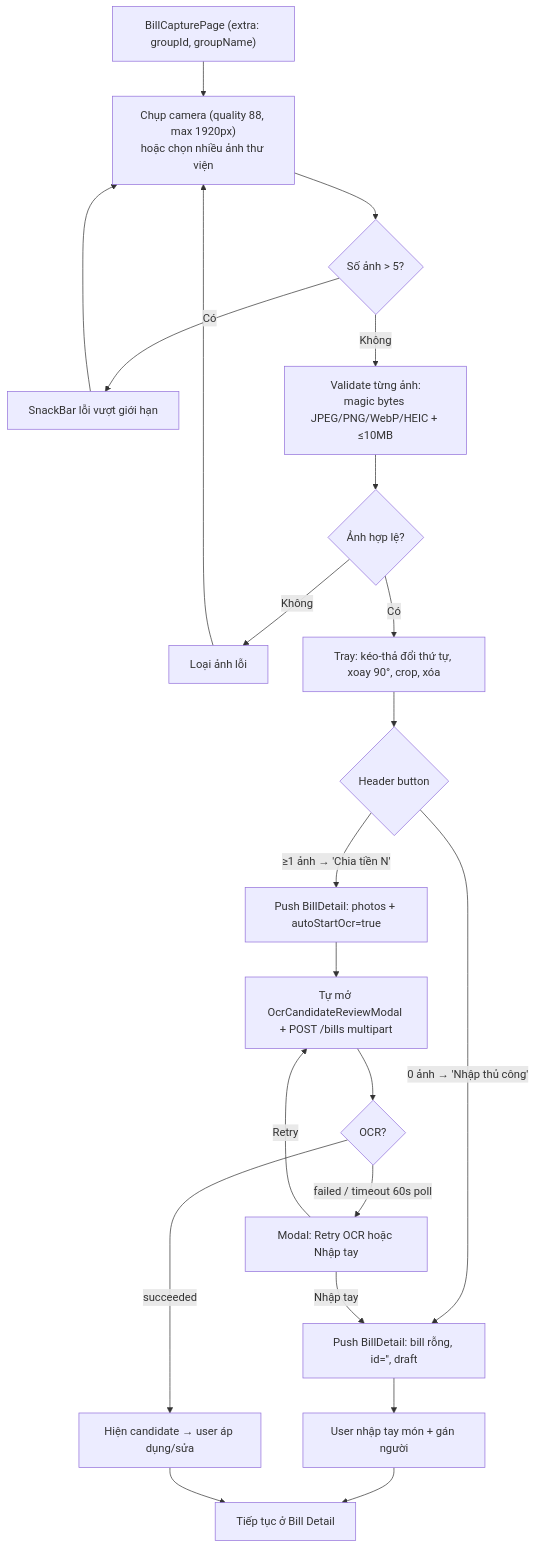
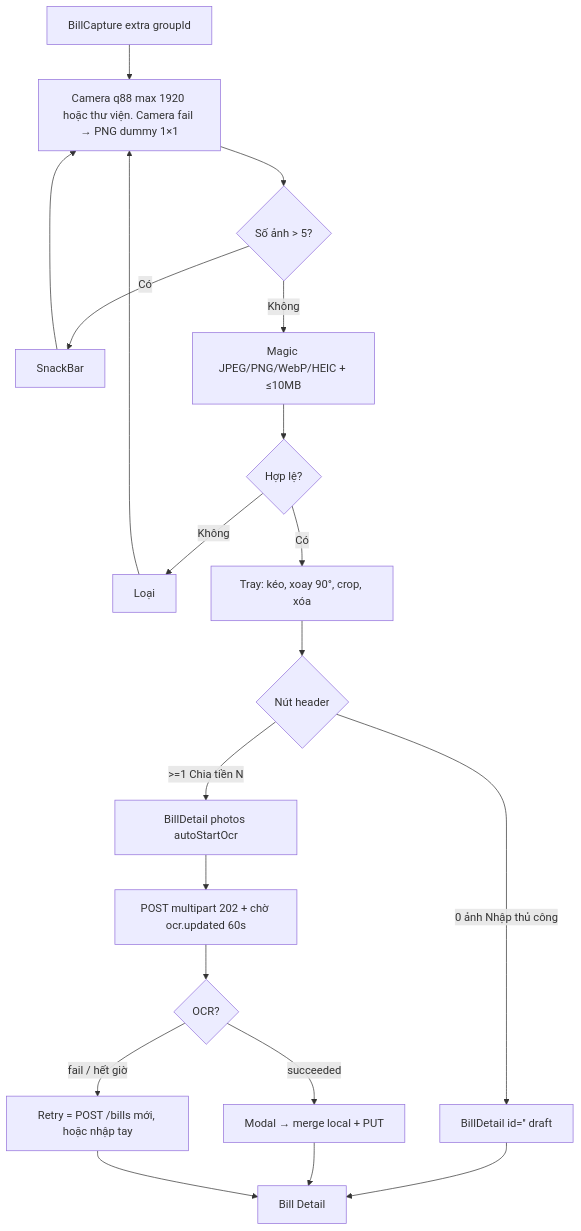
One commit to FintechVSF-Tranning/PaySplit-RP changed the eighth of 9 diagrams in flow/03-bill.md. Above: the diagram before and after it, drawn with Mermaid. The commit also changed other lines of this file and 8 other files, not shown here.

````diff
--- a/flow/03-bill.md
+++ b/flow/03-bill.md
@@ -299,22 +342,20 @@
 ```mermaid
 flowchart TD
-    A["BillCapturePage (extra: groupId, groupName)"] --> B["Chụp camera (quality 88, max 1920px)<br/>hoặc chọn nhiều ảnh thư viện"]
+    A["BillCapture extra groupId"] --> B["Camera q88 max 1920 hoặc thư viện. Camera fail → PNG dummy 1×1"]
     B --> C{"Số ảnh > 5?"}
-    C -->|"Có"| D["SnackBar lỗi vượt giới hạn"] --> B
-    C -->|"Không"| E["Validate từng ảnh:<br/>magic bytes JPEG/PNG/WebP/HEIC + ≤10MB"]
-    E --> F{"Ảnh hợp lệ?"}
-    F -->|"Không"| G["Loại ảnh lỗi"] --> B
-    F -->|"Có"| H["Tray: kéo-thả đổi thứ tự, xoay 90°, crop, xóa"]
-    H --> I{"Header button"}
-    I -->|"0 ảnh → 'Nhập thủ công'"| J["Push BillDetail: bill rỗng, id='', draft"]
-    I -->|"≥1 ảnh → 'Chia tiền N'"| K["Push BillDetail: photos + autoStartOcr=true"]
-    J --> L["User nhập tay món + gán người"]
-    K --> M["Tự mở OcrCandidateReviewModal + POST /bills multipart"]
-    M --> N{"OCR?"}
-    N -->|"succeeded"| O["Hiện candidate → user áp dụng/sửa"]
-    N -->|"failed / timeout 60s poll"| P["Modal: Retry OCR hoặc Nhập tay"]
-    P -->|"Retry"| M
-    P -->|"Nhập tay"| J
-    L --> Q["Tiếp tục ở Bill Detail"]
-    O --> Q
+    C -->|"Có"| D["SnackBar"] --> B
+    C -->|"Không"| E["Magic JPEG/PNG/WebP/HEIC + ≤10MB"]
+    E --> F{"Hợp lệ?"}
+    F -->|"Không"| G["Loại"] --> B
+    F -->|"Có"| H["Tray: kéo, xoay 90°, crop, xóa"]
+    H --> I{"Nút header"}
+    I -->|"0 ảnh Nhập thủ công"| J["BillDetail id='' draft"]
+    I -->|">=1 Chia tiền N"| K["BillDetail photos autoStartOcr"]
+    K --> L["POST multipart 202 + chờ ocr.updated 60s"]
+    L --> M{"OCR?"}
+    M -->|"succeeded"| N["Modal → merge local + PUT"]
+    M -->|"fail / hết giờ"| P["Retry = POST /bills mới, hoặc nhập tay"]
+    J --> Q["Bill Detail"]
+    N --> Q
+    P --> Q
 ```
````
